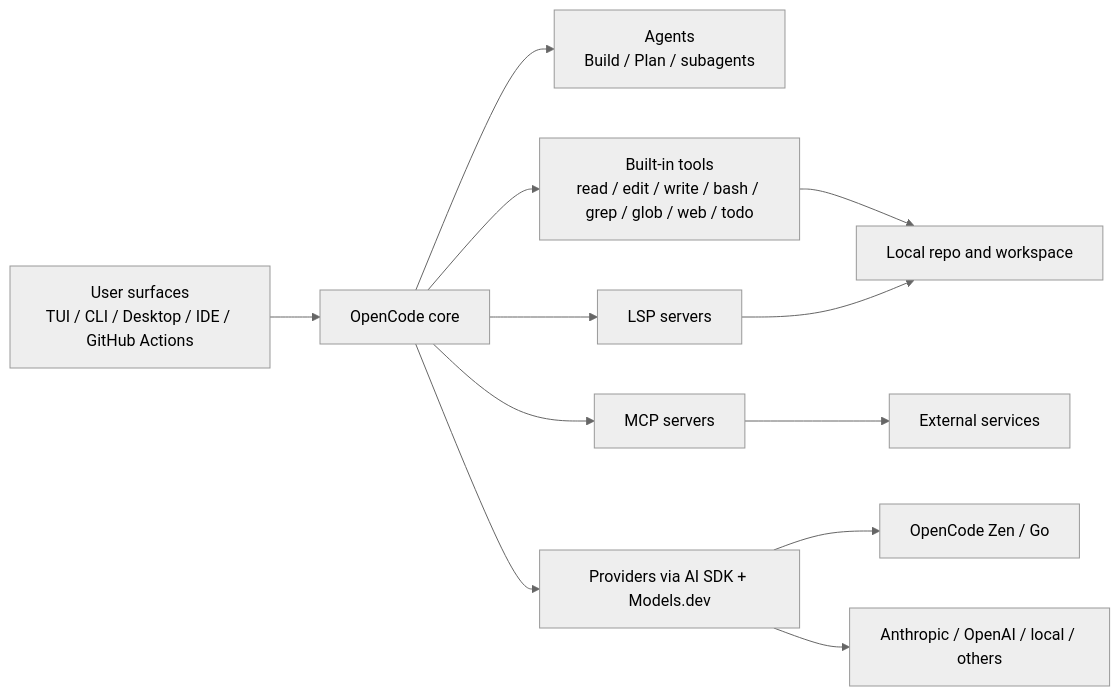
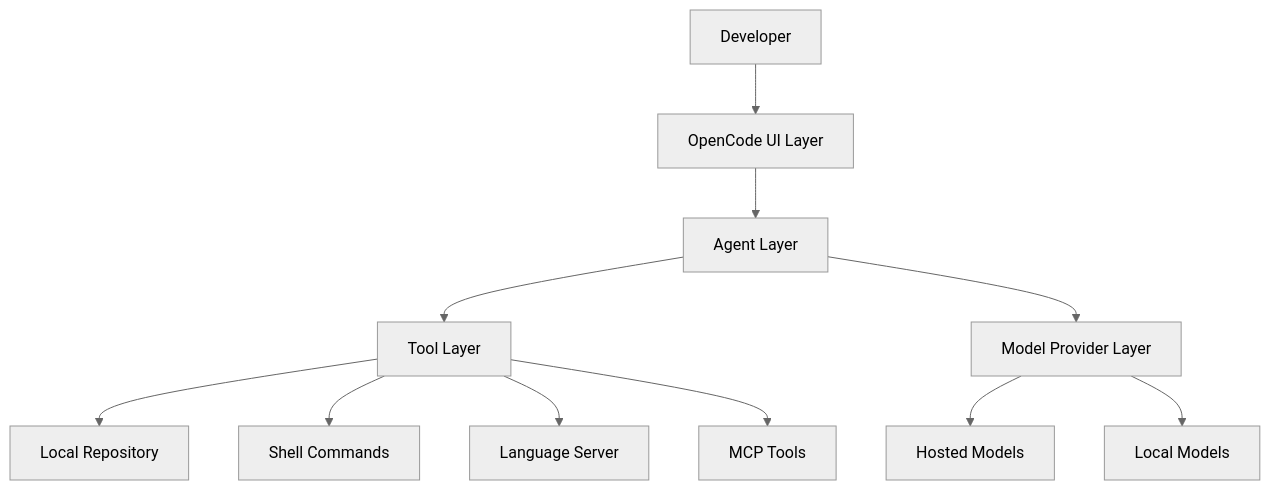
One commit to ernie55ernie/ernie55ernie.github.io changed the first of 3 diagrams in _posts/2026-06-19-opencode-and-bigpickle.md. Above: the diagram before and after it, drawn with Mermaid (neutral theme). The commit also changed other lines of this file, not shown here.

`````diff
--- a/_posts/2026-06-19-opencode-and-bigpickle.md
+++ b/_posts/2026-06-19-opencode-and-bigpickle.md
@@ -22,14 +52,13 @@
 ```mermaid
-flowchart LR
-    U[User surfaces<br/>TUI / CLI / Desktop / IDE / GitHub Actions] --> A[OpenCode core]
-    A --> AG[Agents<br/>Build / Plan / subagents]
-    A --> T[Built-in tools<br/>read / edit / write / bash / grep / glob / web / todo]
-    A --> L[LSP servers]
-    A --> M[MCP servers]
-    A --> P[Providers via AI SDK + Models.dev]
-    P --> Z[OpenCode Zen / Go]
-    P --> X[Anthropic / OpenAI / local / others]
-    T --> R[Local repo and workspace]
-    L --> R
-    M --> E[External services]
-```
+flowchart TD
+    User[Developer] --> UI[OpenCode UI Layer]
+    UI --> Agent[Agent Layer]
+    Agent --> Tools[Tool Layer]
+    Agent --> Models[Model Provider Layer]
+    Tools --> Repo[Local Repository]
+    Tools --> Shell[Shell Commands]
+    Tools --> LSP[Language Server]
+    Tools --> MCP[MCP Tools]
+    Models --> Hosted[Hosted Models]
+    Models --> Local[Local Models]
+````
`````
